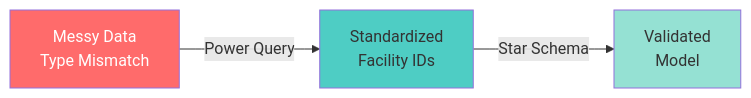
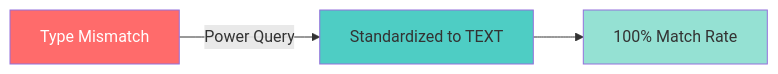
Before and after one commit to Mr-Glucose/Hospital-Spending-Model: the first of 6 diagrams in README.md, drawn with Mermaid. The commit also changed other lines of this file, not shown here.

````diff
--- a/README.md
+++ b/README.md
@@ -16,9 +54,9 @@
 ```mermaid
 flowchart LR
-    A[Messy Data<br/>Type Mismatch] -->|Power Query| B[Standardized<br/>Facility IDs]
-    B -->|Star Schema| C[Validated<br/>Model]
+    A[Type Mismatch] -->|Power Query| B[Standardized to TEXT]
+    B --> C[100% Match Rate]
     
     style A fill:#ff6b6b,color:#fff
     style B fill:#4ecdc4
     style C fill:#95e1d3
 ```
````
